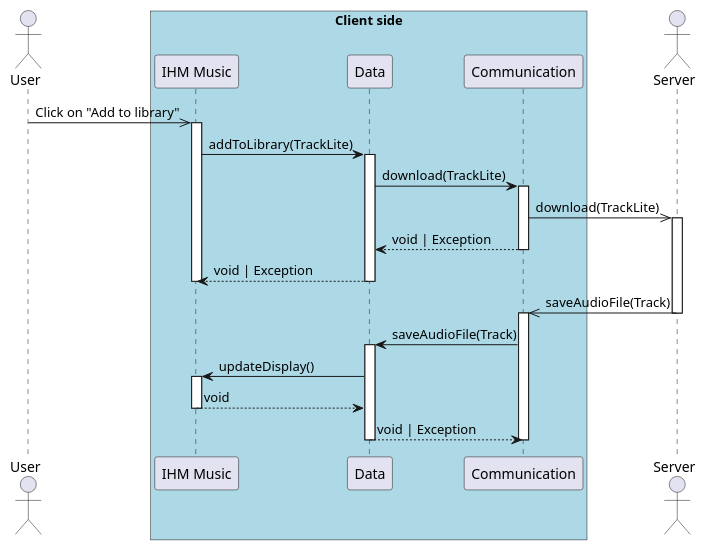
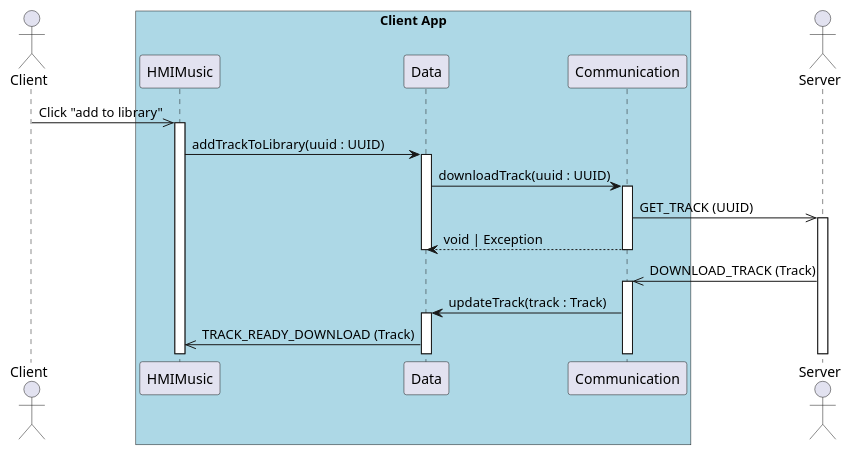
Before and after one commit to UTCAI12/Diagrams: the diagram in sequence/2.2.download_music_client.puml, drawn with PlantUML. The commit also changed 3 other files, not shown here.

Commit message:
2.2 client owner server

```diff
--- a/sequence/2.2.download_music_client.puml
+++ b/sequence/2.2.download_music_client.puml
@@ -1,42 +1,24 @@
 @startuml 2.2 User add a music to his local library from a distant file (client side)
-actor User
-box "Client side" #LightBlue
-    participant "IHM Music" as IHM
+actor Client
+box "Client App" #LightBlue
+    participant HMIMusic
     participant Data
     participant Communication
 end box
-actor Server
 
-User ->> IHM : Click on "Add to library"
-activate IHM
+actor Server 
 
-IHM -> Data : addToLibrary(TrackLite)
-activate Data
+Client ->> HMIMusic++: Click "add to library"
 
-Data -> Communication : download(TrackLite)
-activate Communication
-Communication ->> Server : download(TrackLite)
-activate Server
-Communication --> Data : void | Exception
-deactivate Communication
-
-Data --> IHM : void | Exception
-deactivate Data
-deactivate IHM
-
-Server ->> Communication : saveAudioFile(Track)
-deactivate Server
-activate Communication
-Communication -> Data : saveAudioFile(Track)
-activate Data
-
-Data -> IHM : updateDisplay()
-activate IHM
-IHM --> Data : void
-deactivate IHM
-
-Data --> Communication : void | Exception
+HMIMusic -> Data++: addTrackToLibrary(uuid : UUID)
+Data -> Communication++: downloadTrack(uuid : UUID)
+Communication ->> Server++: GET_TRACK (UUID)
+Communication --> Data: void | Exception
 deactivate Data
 deactivate Communication
 
+Server ->> Communication++: DOWNLOAD_TRACK (Track) 
+Communication -> Data++: updateTrack(track : Track)
+Data->>HMIMusic: TRACK_READY_DOWNLOAD (Track) 
+
 @enduml
```
